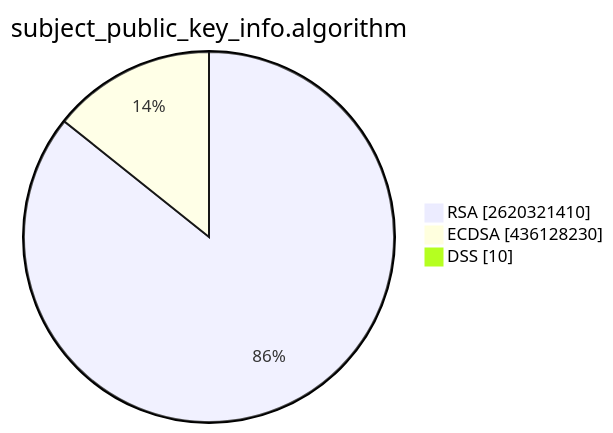
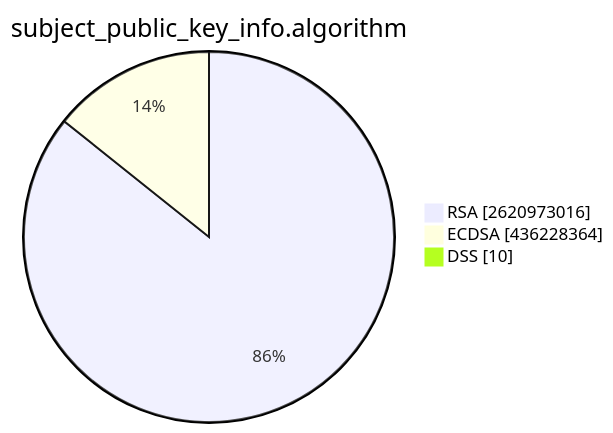
Before and after one commit to christiankrug/ctmonitor_visualization: the second of 15 diagrams in TOTAL/README.md, drawn with Mermaid. The commit also changed other lines of this file, not shown here.

````diff
--- a/TOTAL/README.md
+++ b/TOTAL/README.md
@@ -6,7 +6,7 @@
 ```mermaid
 pie showData
 title subject_public_key_info.algorithm
-"RSA" :2620321410
-"ECDSA" :436128230
+"RSA" :2620973016
+"ECDSA" :436228364
 "DSS" :10
 ```
````
